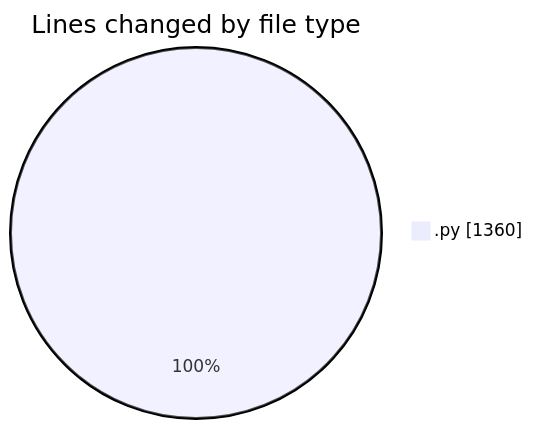
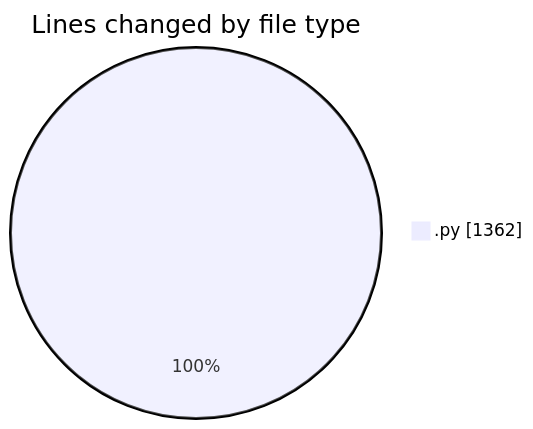
One commit to MatusMokan/code-tracking changed the first of 2 diagrams in 2025-03-26/myws__workspace_/README.md. Above: the diagram before and after it, drawn with Mermaid. The commit also changed other lines of this file and 1 other file, not shown here.

````diff
--- a/2025-03-26/myws__workspace_/README.md
+++ b/2025-03-26/myws__workspace_/README.md
@@ -20,5 +20,5 @@
 ```mermaid
 pie showData
 title Lines changed by file type
-".py" : 1360
+".py" : 1362
 ```
````
